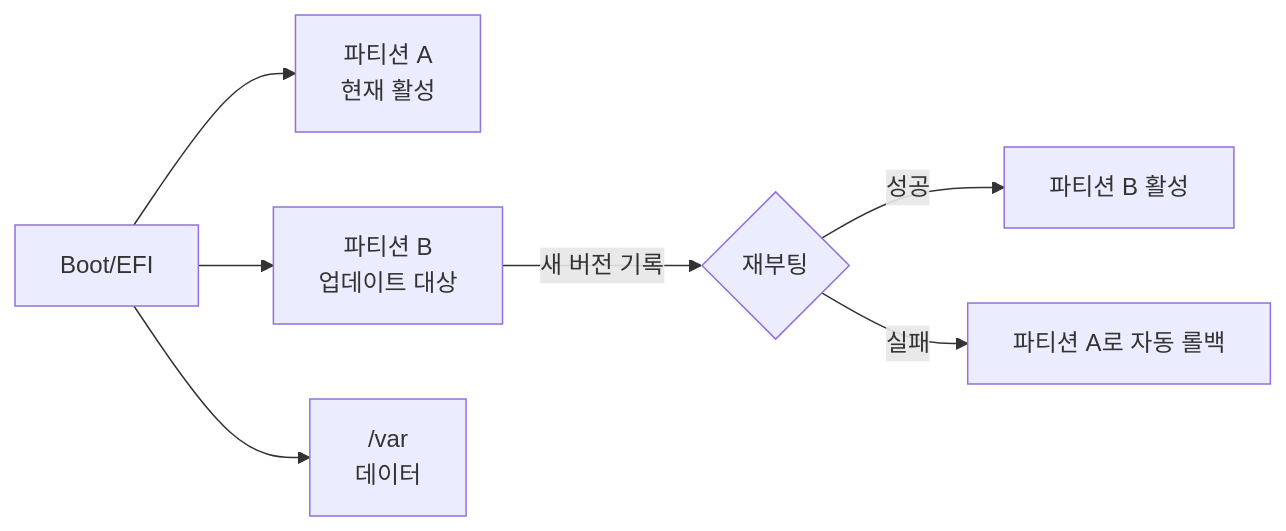
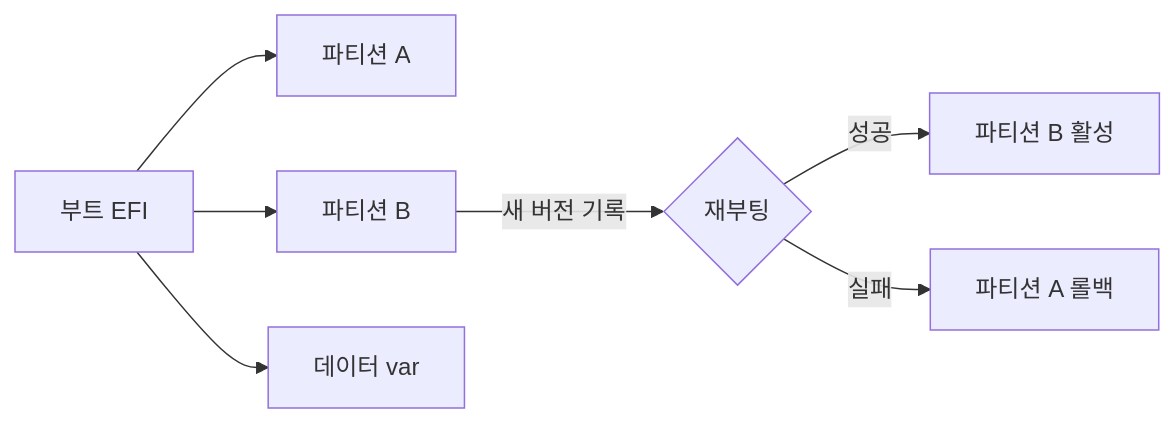
Before and after one commit to moonblueblue/devops-wiki: the first of 3 diagrams in content/linux/distro-basics/immutable-os.md, drawn with Mermaid. The commit also changed other lines of this file and 37 other files, not shown here.

First line of the commit message:
style: linux 카테고리 ASCII 도표·Mermaid 라벨 형식 교정

````diff
--- a/content/linux/distro-basics/immutable-os.md
+++ b/content/linux/distro-basics/immutable-os.md
@@ -47,10 +47,10 @@
 ```mermaid
 graph LR
-    A["Boot/EFI"] --> B["파티션 A\n현재 활성"]
-    A --> C["파티션 B\n업데이트 대상"]
-    A --> D["/var\n데이터"]
+    A[부트 EFI] --> B[파티션 A]
+    A --> C[파티션 B]
+    A --> D[데이터 var]
 
-    C -->|"새 버전 기록"| E{"재부팅"}
-    E -->|"성공"| C2["파티션 B 활성"]
-    E -->|"실패"| B2["파티션 A로 자동 롤백"]
+    C -->|새 버전 기록| E{재부팅}
+    E -->|성공| C2[파티션 B 활성]
+    E -->|실패| B2[파티션 A 롤백]
 ```
````
